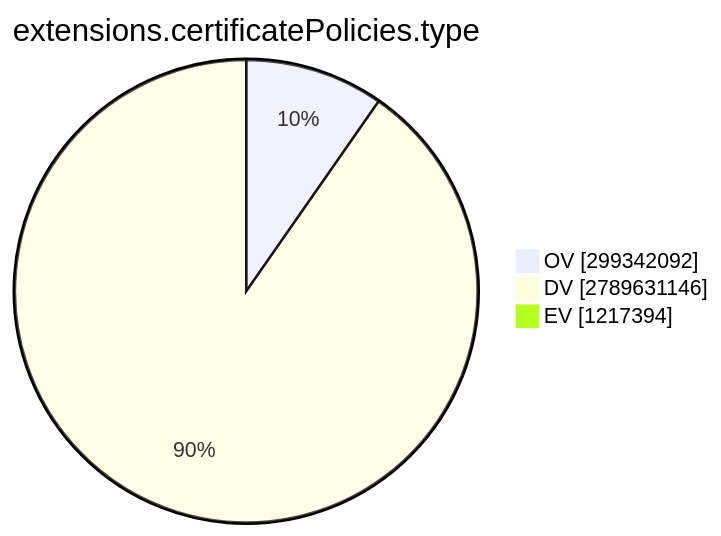
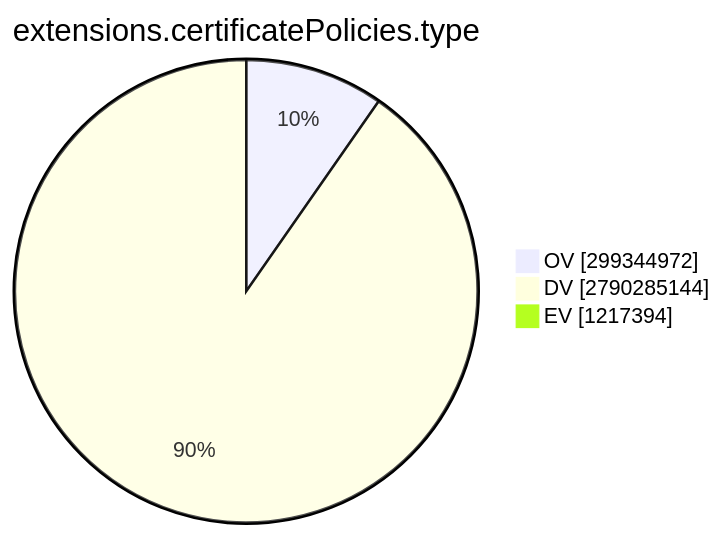
The ninth of 15 diagrams in TOTAL/README.md (christiankrug/ctmonitor_visualization), drawn with Mermaid before and after one commit. The commit also changed other lines of this file, not shown here.

````diff
--- a/TOTAL/README.md
+++ b/TOTAL/README.md
@@ -3101,7 +3101,7 @@
 ```mermaid
 pie showData
 title extensions.certificatePolicies.type
-"OV" :299342092
-"DV" :2789631146
+"OV" :299344972
+"DV" :2790285144
 "EV" :1217394
 ```
````
